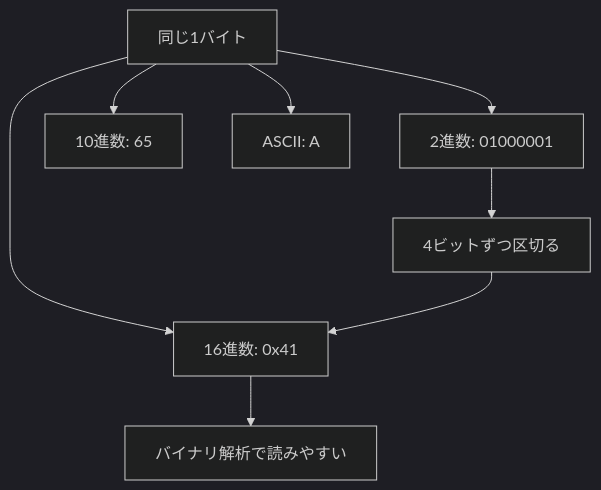
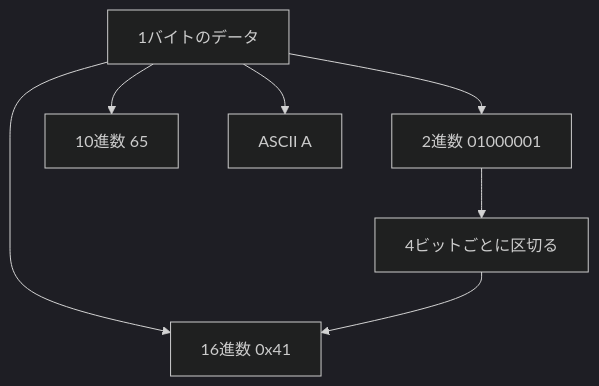
The first of 3 diagrams in articles/binary-hex-bitwise/index.mdx (Omni-lab26/recon0x-content), drawn with Mermaid (dark theme) before and after one commit. The commit also changed other lines of this file and 12 other files, not shown here.

````diff
--- a/articles/binary-hex-bitwise/index.mdx
+++ b/articles/binary-hex-bitwise/index.mdx
@@ -54,10 +53,9 @@
 ```mermaid
 flowchart TD
-    A[同じ1バイト] --> B[2進数: 01000001]
-    A --> C[16進数: 0x41]
-    A --> D[10進数: 65]
-    A --> E[ASCII: A]
-    B --> F[4ビットずつ区切る]
+    A[1バイトのデータ] --> B[2進数 01000001]
+    A --> C[16進数 0x41]
+    A --> D[10進数 65]
+    A --> E[ASCII A]
+    B --> F[4ビットごとに区切る]
     F --> C
-    C --> G[バイナリ解析で読みやすい]
 ```
````
